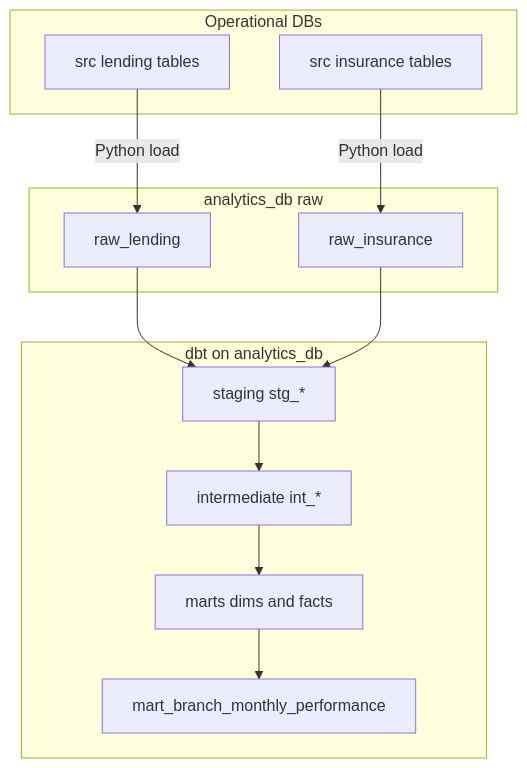
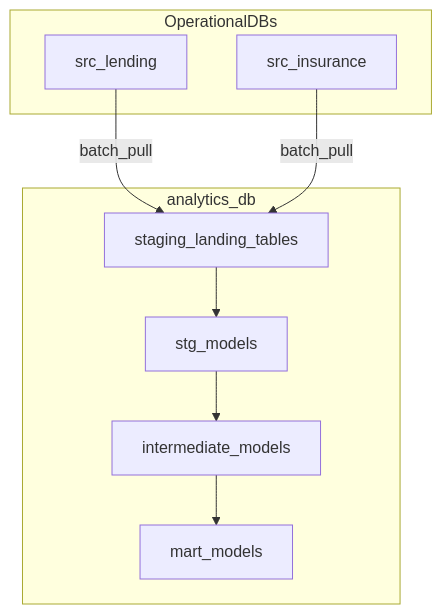
One commit to minhsphuc12/mvp-data-product changed the diagram in docs/data-design-and-flow.md. Above: the diagram before and after it, drawn with Mermaid. The commit also changed other lines of this file and 39 other files, not shown here.

First line of the commit message:
redesign ingestion to pull directly into staging

````diff
--- a/docs/data-design-and-flow.md
+++ b/docs/data-design-and-flow.md
@@ -105,24 +57,18 @@
 ```mermaid
 flowchart TB
-  subgraph ops [Operational DBs]
-    L[src lending tables]
-    I[src insurance tables]
+  subgraph ops [OperationalDBs]
+    L[src_lending]
+    I[src_insurance]
   end
-  subgraph raw [analytics_db raw]
-    RL[raw_lending]
-    RI[raw_insurance]
+  subgraph wh [analytics_db]
+    land[staging_landing_tables]
+    stg[stg_models]
+    intm[intermediate_models]
+    marts[mart_models]
   end
-  subgraph dbt [dbt on analytics_db]
-    STG[staging stg_*]
-    INT[intermediate int_*]
-    DM[marts dims and facts]
-    MART[mart_branch_monthly_performance]
-  end
-  L -->|Python load| RL
-  I -->|Python load| RI
-  RL --> STG
-  RI --> STG
-  STG --> INT
-  INT --> DM
-  DM --> MART
+  L -->|batch_pull| land
+  I -->|batch_pull| land
+  land --> stg
+  stg --> intm
+  intm --> marts
 ```
````
